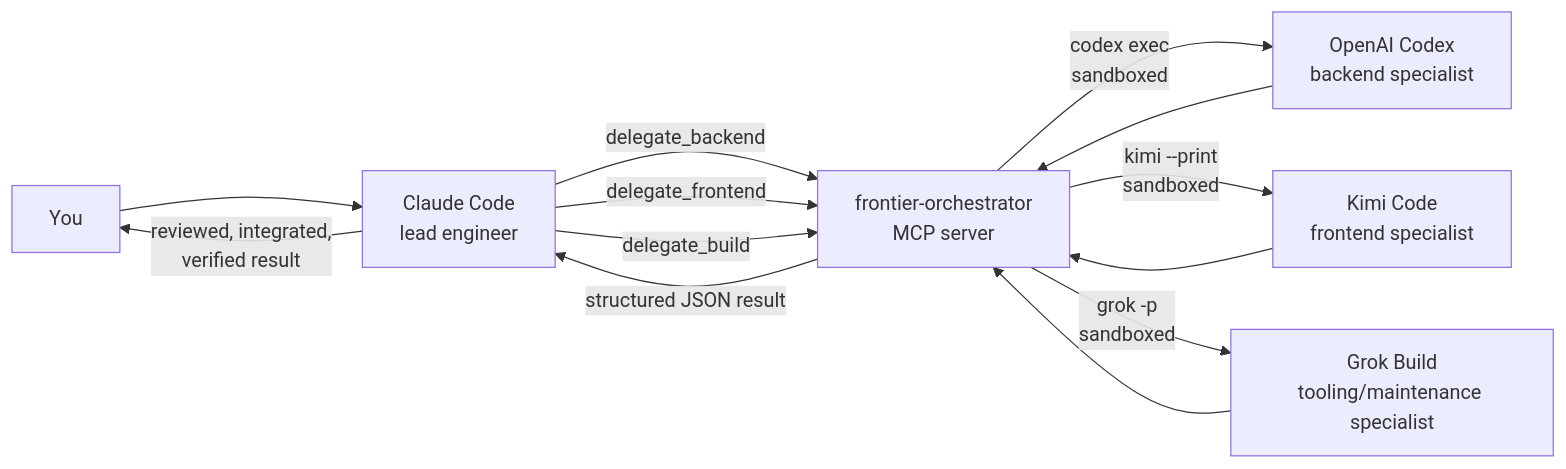
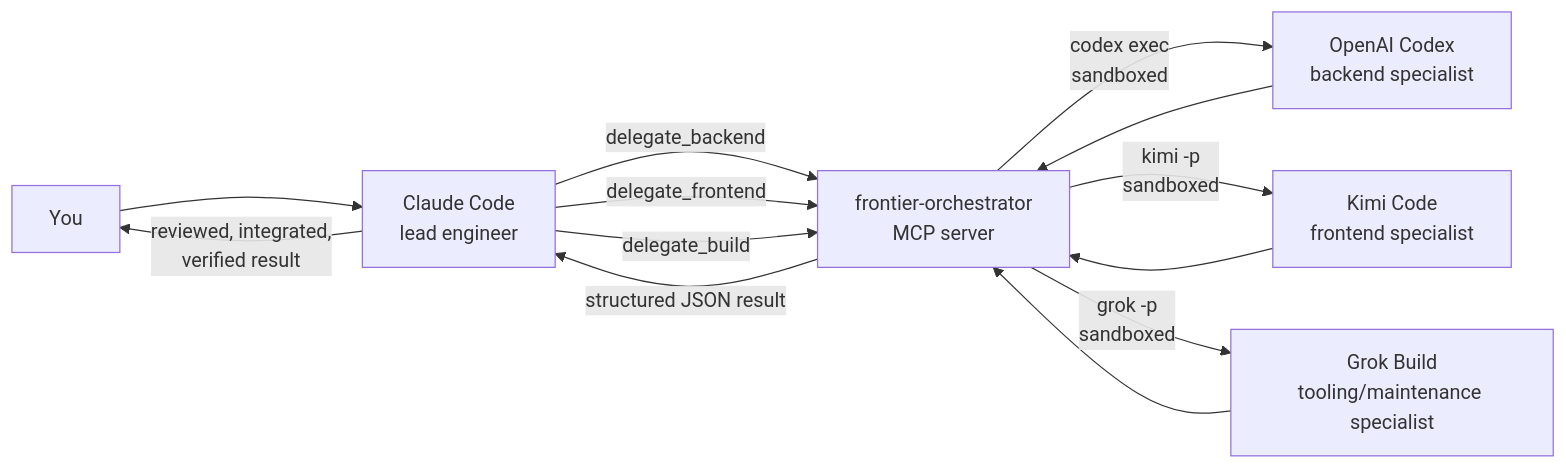
The diagram in README.md (Fang5237/frontier-orchestrator), drawn with Mermaid before and after one commit. The commit also changed other lines of this file and 5 other files, not shown here.

````diff
--- a/README.md
+++ b/README.md
@@ -26,15 +26,15 @@
 ```mermaid
 flowchart LR
     U[You] --> C[Claude Code<br/>lead engineer]
     C -->|delegate_backend| M[frontier-orchestrator<br/>MCP server]
     C -->|delegate_frontend| M
     C -->|delegate_build| M
     M -->|codex exec<br/>sandboxed| X[OpenAI Codex<br/>backend specialist]
-    M -->|kimi --print<br/>sandboxed| K[Kimi Code<br/>frontend specialist]
+    M -->|kimi -p<br/>sandboxed| K[Kimi Code<br/>frontend specialist]
     M -->|grok -p<br/>sandboxed| G[Grok Build<br/>tooling/maintenance specialist]
     X --> M
     K --> M
     G --> M
     M -->|structured JSON result| C
     C -->|reviewed, integrated,<br/>verified result| U
 ```
````
